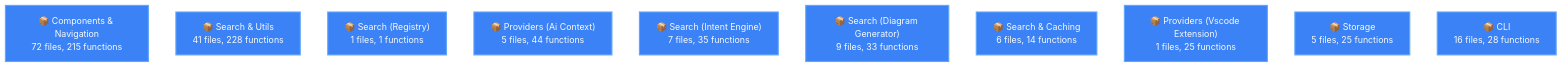
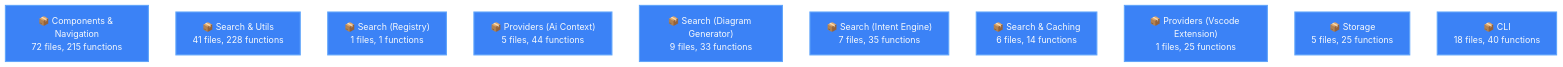
One commit to Ansh-dhanani/mikk changed the diagram in .mikk/diagrams/main.mmd. Above: the diagram before and after it, drawn with Mermaid. The commit also changed 29 other files, not shown here.

```diff
--- a/.mikk/diagrams/main.mmd
+++ b/.mikk/diagrams/main.mmd
@@ -1,26 +1,26 @@
 %%{init: {"theme": "base", "themeVariables": {"primaryColor": "#1e293b", "primaryTextColor": "#e2e8f0", "lineColor": "#64748b", "secondaryColor": "#334155", "tertiaryColor": "#475569", "background": "#0f172a", "mainBkg": "#1e293b", "nodeBorder": "#475569"}}}%%
 graph TD
 
     apps_web_components["📦 Components & Navigation<br/>72 files, 215 functions"]
     packages_core["📦 Search & Utils<br/>41 files, 228 functions"]
     apps_registry["📦 Search (Registry)<br/>1 files, 1 functions"]
     packages_ai_context["📦 Providers (Ai Context)<br/>5 files, 44 functions"]
+    packages_diagram_generator["📦 Search (Diagram Generator)<br/>9 files, 33 functions"]
     packages_intent_engine["📦 Search (Intent Engine)<br/>7 files, 35 functions"]
-    packages_diagram_generator["📦 Search (Diagram Generator)<br/>9 files, 33 functions"]
     packages_mcp_server["📦 Search & Caching<br/>6 files, 14 functions"]
     packages_vscode_extension["📦 Providers (Vscode Extension)<br/>1 files, 25 functions"]
     packages_watcher["📦 Storage<br/>5 files, 25 functions"]
-    packages_cli["📦 CLI<br/>16 files, 28 functions"]
+    packages_cli["📦 CLI<br/>18 files, 40 functions"]
 
 
     classDef module fill:#3b82f6,stroke:#60a5fa,color:#f8fafc,stroke-width:2px
     class apps_web_components module
     class packages_core module
     class apps_registry module
     class packages_ai_context module
+    class packages_diagram_generator module
     class packages_intent_engine module
-    class packages_diagram_generator module
     class packages_mcp_server module
     class packages_vscode_extension module
     class packages_watcher module
     class packages_cli module
```
